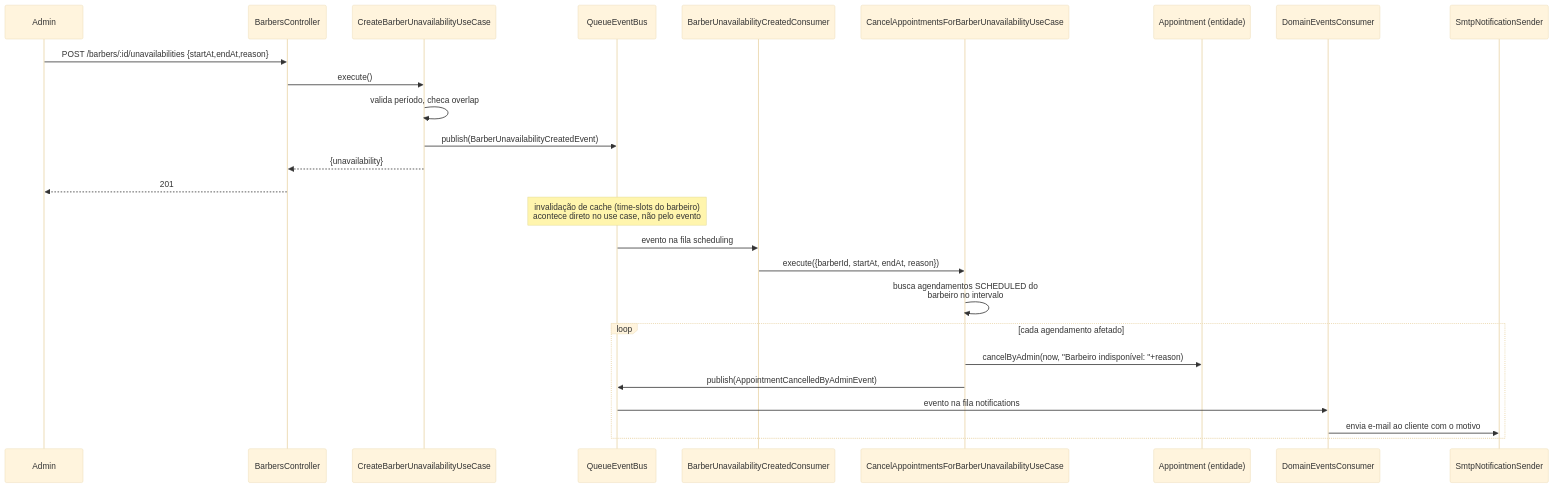
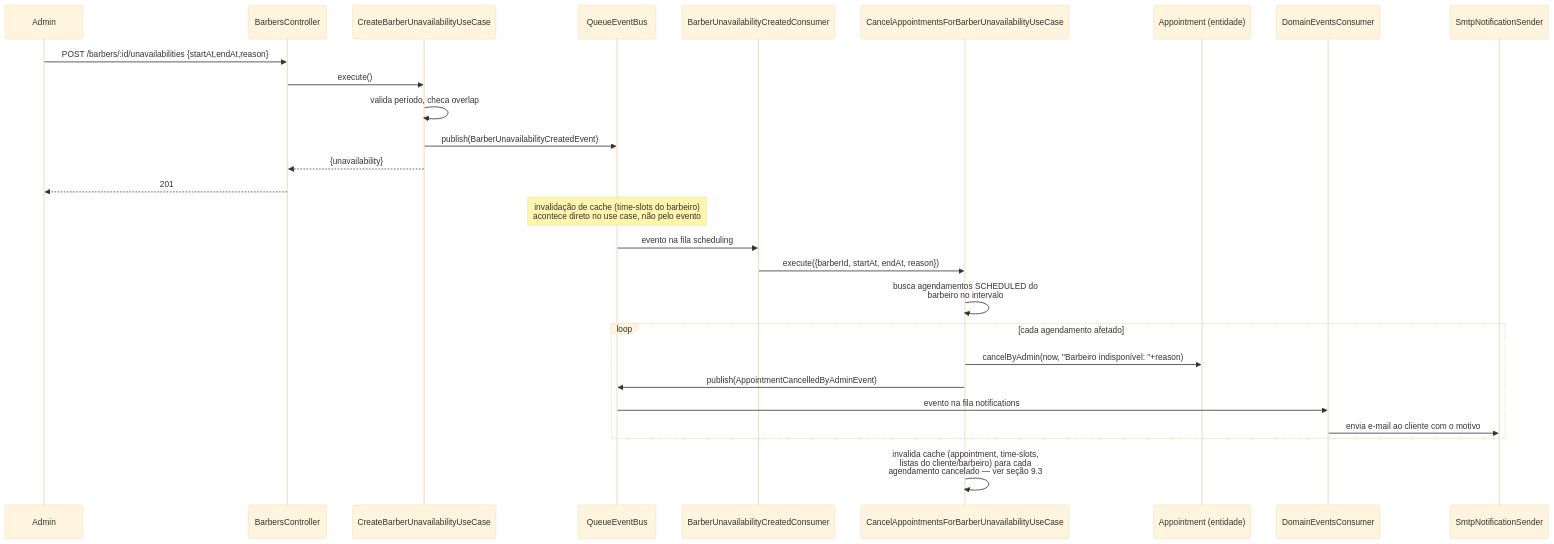
Before and after one commit to PabloFerrari027/ClickBeard_Pablo_Ferrari_Backend: the eighth of 8 diagrams in README.md, drawn with Mermaid (base theme). The commit also changed other lines of this file, not shown here.

First line of the commit message:
docs(readme): document business-timezone anchoring and cache invalidation fixes

````diff
--- a/README.md
+++ b/README.md
@@ -802,31 +804,32 @@
 ```mermaid
 sequenceDiagram
     participant Admin
     participant BarbersCtrl as BarbersController
     participant CreateUnav as CreateBarberUnavailabilityUseCase
     participant Bus as QueueEventBus
     participant BUC as BarberUnavailabilityCreatedConsumer
     participant CancelForUnav as CancelAppointmentsForBarberUnavailabilityUseCase
     participant Appt as Appointment (entidade)
     participant DEC as DomainEventsConsumer
     participant SMTP as SmtpNotificationSender
 
     Admin->>BarbersCtrl: POST /barbers/:id/unavailabilities {startAt,endAt,reason}
     BarbersCtrl->>CreateUnav: execute()
     CreateUnav->>CreateUnav: valida período, checa overlap
     CreateUnav->>Bus: publish(BarberUnavailabilityCreatedEvent)
     CreateUnav-->>BarbersCtrl: {unavailability}
     BarbersCtrl-->>Admin: 201
 
     Note over Bus: invalidação de cache (time-slots do barbeiro)<br/>acontece direto no use case, não pelo evento
 
     Bus->>BUC: evento na fila scheduling
     BUC->>CancelForUnav: execute({barberId, startAt, endAt, reason})
     CancelForUnav->>CancelForUnav: busca agendamentos SCHEDULED do<br/>barbeiro no intervalo
     loop cada agendamento afetado
         CancelForUnav->>Appt: cancelByAdmin(now, "Barbeiro indisponível: "+reason)
         CancelForUnav->>Bus: publish(AppointmentCancelledByAdminEvent)
         Bus->>DEC: evento na fila notifications
         DEC->>SMTP: envia e-mail ao cliente com o motivo
     end
+    CancelForUnav->>CancelForUnav: invalida cache (appointment, time-slots,<br/>listas do cliente/barbeiro) para cada<br/>agendamento cancelado — ver seção 9.3
 ```
````
